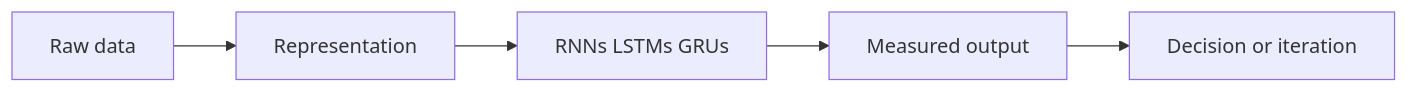
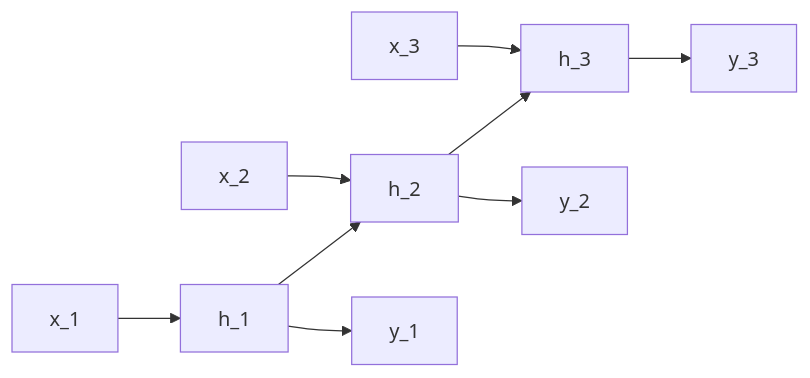
The diagram in deep-learning/10-rnns-lstms-grus.md (Icon1cc/Machine-Learning), drawn with Mermaid before and after one commit. The commit also changed other lines of this file and 264 other files, not shown here.

````diff
--- a/deep-learning/10-rnns-lstms-grus.md
+++ b/deep-learning/10-rnns-lstms-grus.md
@@ -92,7 +250,11 @@
 ```mermaid
 flowchart LR
-    A[Raw data] --> B[Representation]
-    B --> C[RNNs LSTMs GRUs]
-    C --> D[Measured output]
-    D --> E[Decision or iteration]
+    X1[x_1] --> H1[h_1]
+    X2[x_2] --> H2[h_2]
+    X3[x_3] --> H3[h_3]
+    H1 --> H2
+    H2 --> H3
+    H1 --> Y1[y_1]
+    H2 --> Y2[y_2]
+    H3 --> Y3[y_3]
 ```
````
